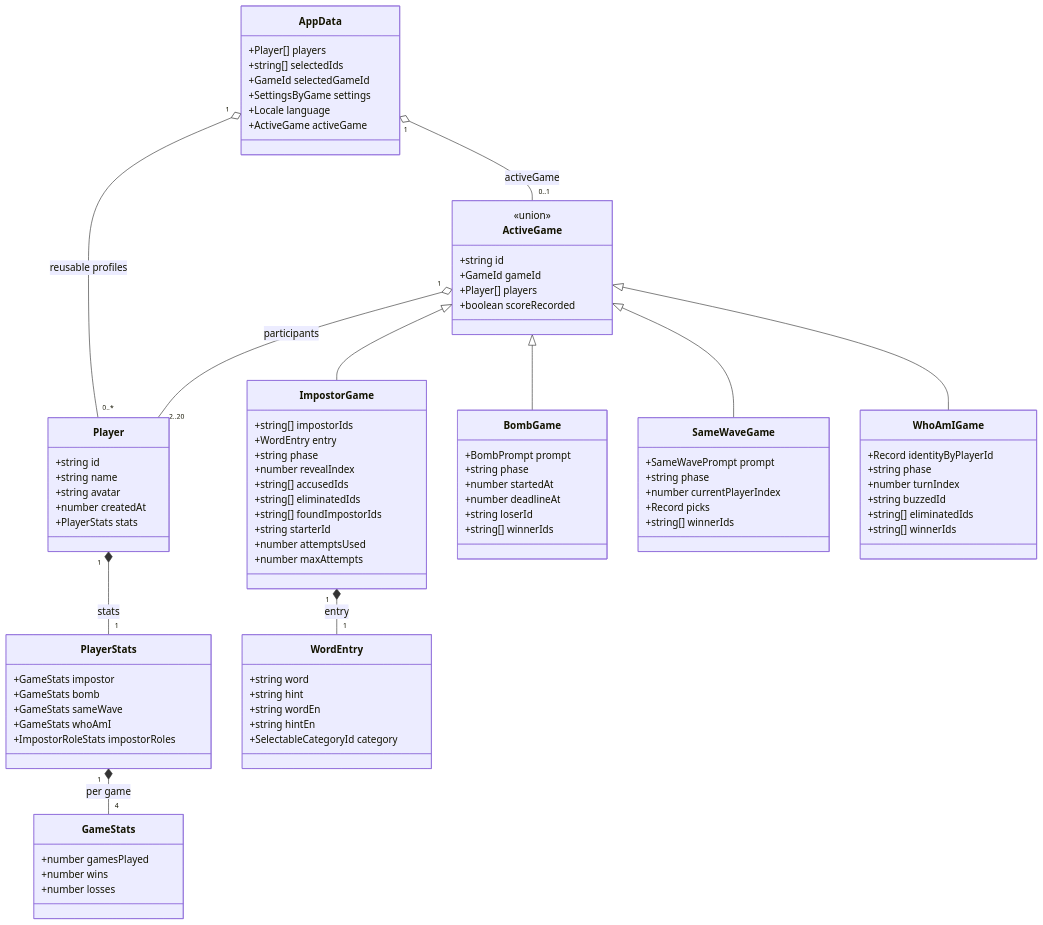
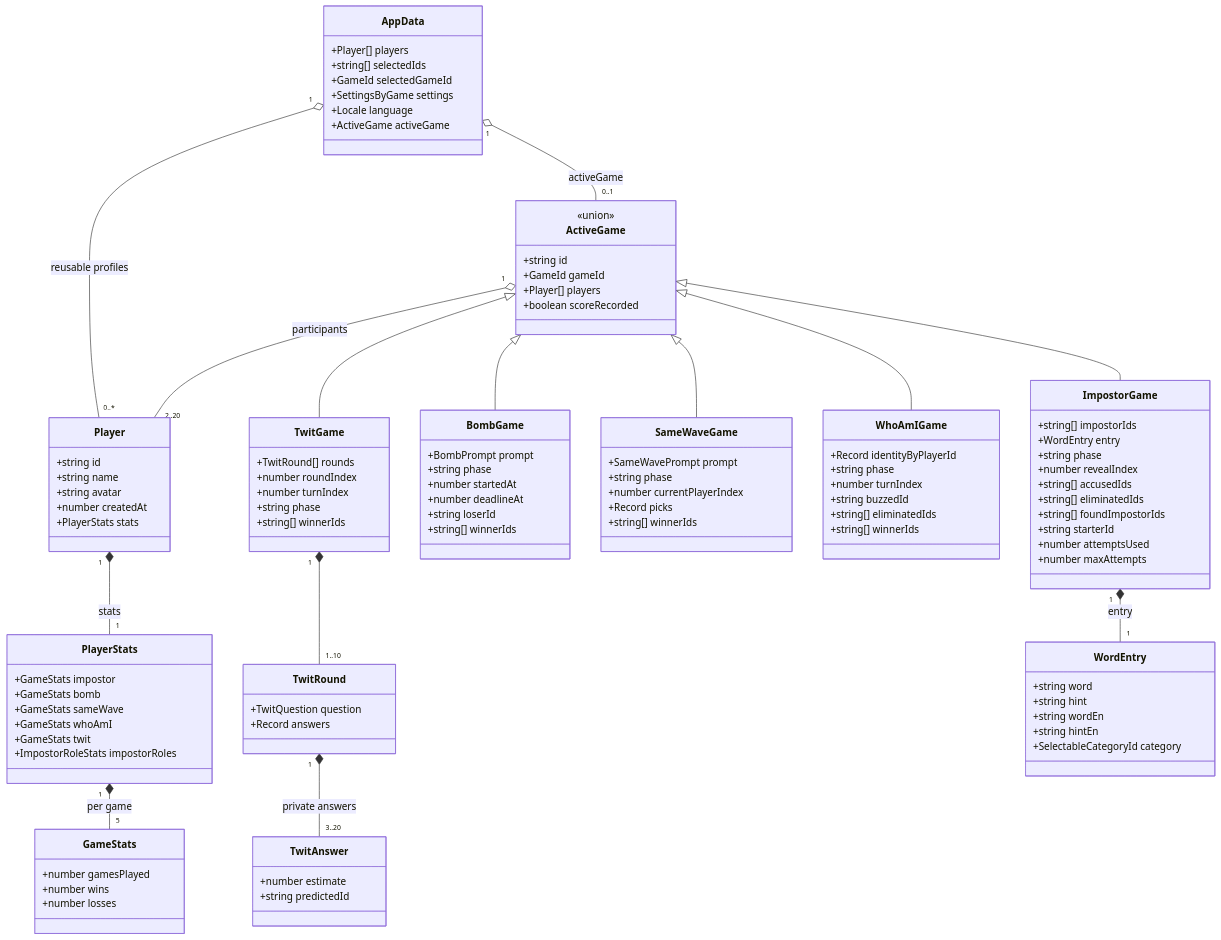
One commit to LucaSforza/ImpostorGame changed the diagram in kb/indexeddb.md. Above: the diagram before and after it, drawn with Mermaid. The commit also changed other lines of this file and 25 other files, not shown here.

Commit message:
feat(twit): add private number estimates and prediction matches

````diff
--- a/kb/indexeddb.md
+++ b/kb/indexeddb.md
@@ -36,6 +36,7 @@
     +GameStats bomb
     +GameStats sameWave
     +GameStats whoAmI
+    +GameStats twit
     +ImpostorRoleStats impostorRoles
   }
   class GameStats {
@@ -85,6 +86,21 @@
     +string[] eliminatedIds
     +string[] winnerIds
   }
+  class TwitGame {
+    +TwitRound[] rounds
+    +number roundIndex
+    +number turnIndex
+    +string phase
+    +string[] winnerIds
+  }
+  class TwitRound {
+    +TwitQuestion question
+    +Record answers
+  }
+  class TwitAnswer {
+    +number estimate
+    +string predictedId
+  }
   class WordEntry {
     +string word
     +string hint
@@ -94,12 +110,15 @@
   }
   AppData "1" o-- "0..*" Player : reusable profiles
   Player "1" *-- "1" PlayerStats : stats
-  PlayerStats "1" *-- "4" GameStats : per game
+  PlayerStats "1" *-- "5" GameStats : per game
   AppData "1" o-- "0..1" ActiveGame : activeGame
   ActiveGame <|-- ImpostorGame
   ActiveGame <|-- BombGame
   ActiveGame <|-- SameWaveGame
   ActiveGame <|-- WhoAmIGame
+  ActiveGame <|-- TwitGame
+  TwitGame "1" *-- "1..10" TwitRound
+  TwitRound "1" *-- "3..20" TwitAnswer : private answers
   ActiveGame "1" o-- "2..20" Player : participants
   ImpostorGame "1" *-- "1" WordEntry : entry
 ```
````
